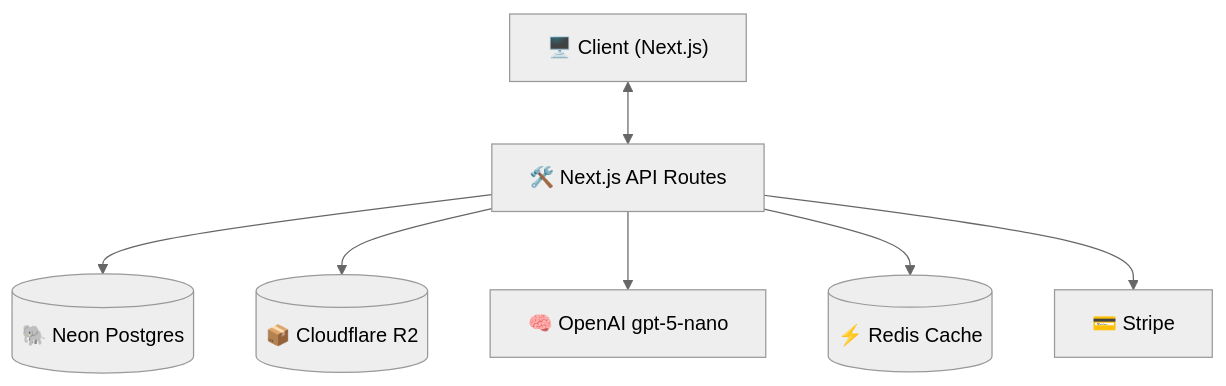
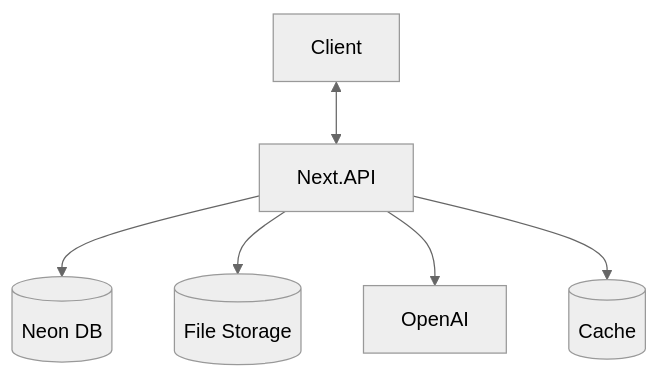
Before and after one commit to mafusco60/DevStash: the first of 3 diagrams in context/project-overview.md, drawn with Mermaid (neutral theme). The commit also changed other lines of this file and 2 other files, not shown here.

````diff
--- a/context/project-overview.md
+++ b/context/project-overview.md
@@ -277,9 +252,8 @@
 ```mermaid
 graph TD;
-  Client["🖥️ Client (Next.js)"] <--> NextAPI["🛠️ Next.js API Routes"]
-  NextAPI --> Postgres[("🐘 Neon Postgres")]
-  NextAPI --> R2[("📦 Cloudflare R2")]
-  NextAPI --> OpenAI["🧠 OpenAI gpt-5-nano"]
-  NextAPI --> Redis[("⚡ Redis Cache")]
-  NextAPI --> Stripe["💳 Stripe"]
+  Client <--> Next.API
+  Next.API --> Postgres[(Neon DB)]
+  Next.API --> R2[(File Storage)]
+  Next.API --> OpenAI
+  Next.API --> Redis[(Cache)]
 ```
````
